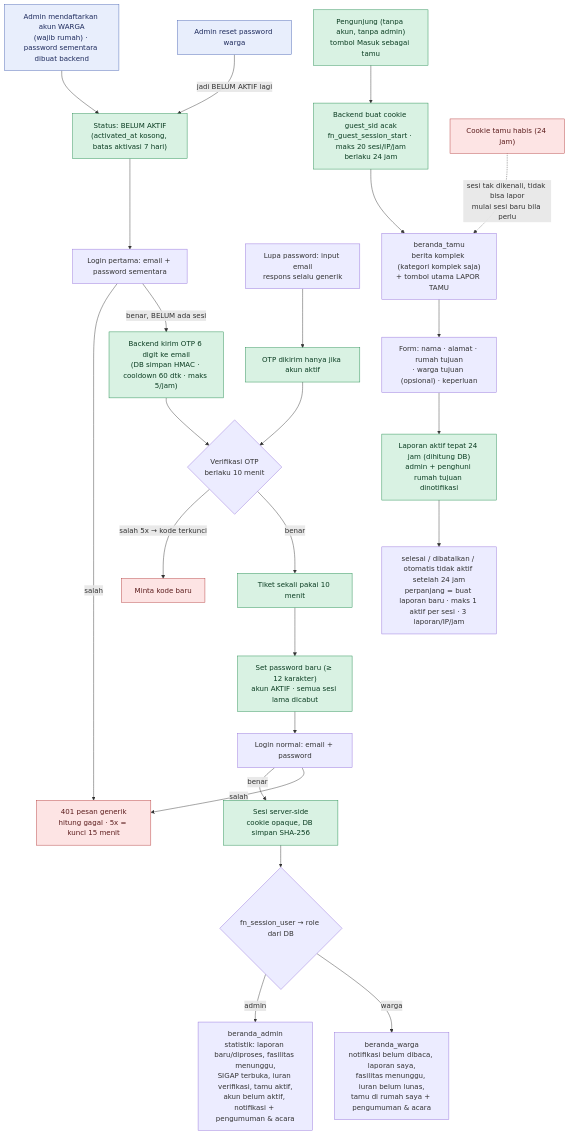
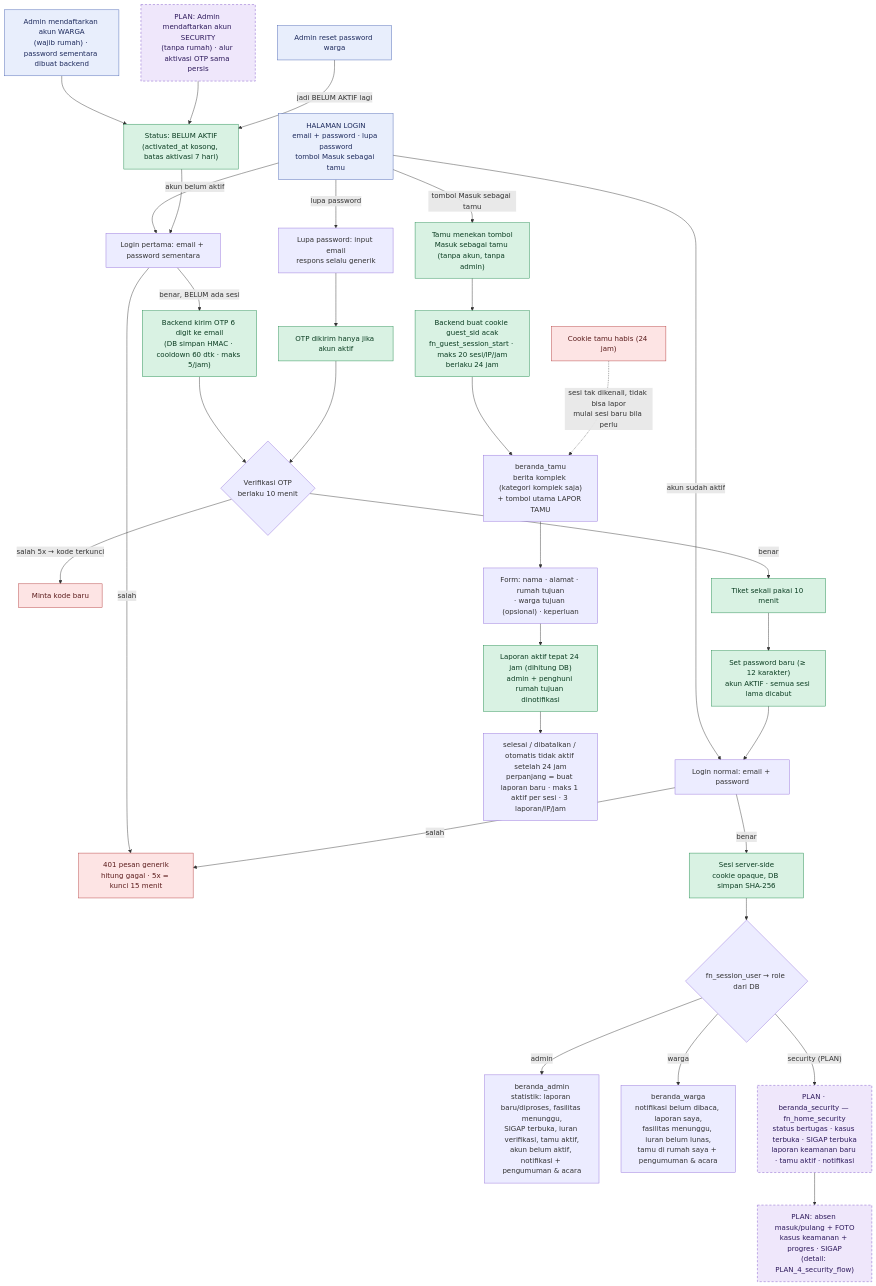
Before and after one commit to ardanpy/COMPLEX-WEB---Proyek-TI: the diagram in complex_db_DRAFT/docs/overview/2_akun_login_beranda.mmd, drawn with Mermaid. The commit also changed 22 other files, not shown here.

```diff
--- a/complex_db_DRAFT/docs/overview/2_akun_login_beranda.mmd
+++ b/complex_db_DRAFT/docs/overview/2_akun_login_beranda.mmd
@@ -1,32 +1,43 @@
 flowchart TD
   classDef adm fill:#e8eefc,stroke:#4a64b3,color:#1d2a5c
   classDef sys fill:#d9f2e3,stroke:#1f8a4c,color:#0b3d22
+  classDef plan fill:#efe7fb,stroke:#7b4fc9,stroke-dasharray:5 4,color:#2e1a5c
   classDef bad fill:#fde4e4,stroke:#b33a3a,color:#5c1d1d
 
-  A["Admin mendaftarkan akun WARGA<br/>(wajib rumah) · password sementara dibuat backend"]:::adm --> S0["Status: BELUM AKTIF<br/>(activated_at kosong, batas aktivasi 7 hari)"]:::sys
+  LG["HALAMAN LOGIN<br/>email + password · lupa password<br/>tombol Masuk sebagai tamu"]:::adm
+  LG -->|"akun belum aktif"| L1
+  LG -->|"akun sudah aktif"| N
+  LG -->|"lupa password"| FP
+  LG -->|"tombol Masuk sebagai tamu"| V
+
+  A["Admin mendaftarkan akun WARGA<br/>(wajib rumah) · password sementara dibuat backend"]:::adm --> S0
+  A2["PLAN: Admin mendaftarkan akun SECURITY<br/>(tanpa rumah) · alur aktivasi OTP sama persis"]:::plan --> S0["Status: BELUM AKTIF<br/>(activated_at kosong, batas aktivasi 7 hari)"]:::sys
 
   S0 --> L1["Login pertama: email + password sementara"]
   L1 -->|salah| X1["401 pesan generik<br/>hitung gagal · 5x = kunci 15 menit"]:::bad
   L1 -->|benar, BELUM ada sesi| O1["Backend kirim OTP 6 digit ke email<br/>(DB simpan HMAC · cooldown 60 dtk · maks 5/jam)"]:::sys
   O1 --> V1{"Verifikasi OTP<br/>berlaku 10 menit"}
   V1 -->|"salah 5x → kode terkunci"| X2["Minta kode baru"]:::bad
   V1 -->|benar| T1["Tiket sekali pakai 10 menit"]:::sys
   T1 --> P1["Set password baru (≥ 12 karakter)<br/>akun AKTIF · semua sesi lama dicabut"]:::sys
 
   P1 --> N["Login normal: email + password"]
   FP["Lupa password: input email<br/>respons selalu generik"] --> O2["OTP dikirim hanya jika akun aktif"]:::sys --> V1
   AR["Admin reset password warga"]:::adm -->|jadi BELUM AKTIF lagi| S0
 
   N -->|benar| SES["Sesi server-side<br/>cookie opaque, DB simpan SHA-256<br/>"]:::sys
   N -->|salah| X1
 
   SES --> R{"fn_session_user → role dari DB"}
   R -->|admin| H1["beranda_admin<br/>statistik: laporan baru/diproses, fasilitas menunggu,<br/>SIGAP terbuka, iuran verifikasi, tamu aktif,<br/>akun belum aktif, notifikasi + pengumuman & acara"]
   R -->|warga| H2["beranda_warga<br/>notifikasi belum dibaca, laporan saya,<br/>fasilitas menunggu, iuran belum lunas,<br/>tamu di rumah saya + pengumuman & acara"]
 
-  V["Pengunjung (tanpa akun, tanpa admin)<br/>tombol Masuk sebagai tamu"]:::sys --> GS["Backend buat cookie guest_sid acak<br/>fn_guest_session_start · maks 20 sesi/IP/jam<br/>berlaku 24 jam"]:::sys --> H3["beranda_tamu<br/>berita komplek (kategori komplek saja)<br/>+ tombol utama LAPOR TAMU"]
+  R -->|"security (PLAN)"| H4["PLAN · beranda_security — fn_home_security<br/>status bertugas · kasus terbuka · SIGAP terbuka<br/>laporan keamanan baru · tamu aktif · notifikasi"]:::plan
+  H4 --> P1x["PLAN: absen masuk/pulang + FOTO<br/>kasus keamanan + progres · SIGAP<br/>(detail: PLAN_4_security_flow)"]:::plan
+
+  V["Tamu menekan tombol<br/>Masuk sebagai tamu (tanpa akun, tanpa admin)"]:::sys --> GS["Backend buat cookie guest_sid acak<br/>fn_guest_session_start · maks 20 sesi/IP/jam<br/>berlaku 24 jam"]:::sys --> H3["beranda_tamu<br/>berita komplek (kategori komplek saja)<br/>+ tombol utama LAPOR TAMU"]
   H3 --> G1["Form: nama · alamat · rumah tujuan<br/>· warga tujuan (opsional) · keperluan"]
   G1 --> G2["Laporan aktif tepat 24 jam (dihitung DB)<br/>admin + penghuni rumah tujuan dinotifikasi"]:::sys
   G2 --> G3["selesai / dibatalkan / otomatis tidak aktif setelah 24 jam<br/>perpanjang = buat laporan baru · maks 1 aktif per sesi · 3 laporan/IP/jam"]
 
   EXP["Cookie tamu habis (24 jam)"]:::bad -.->|"sesi tak dikenali, tidak bisa lapor<br/>mulai sesi baru bila perlu"| H3
```
